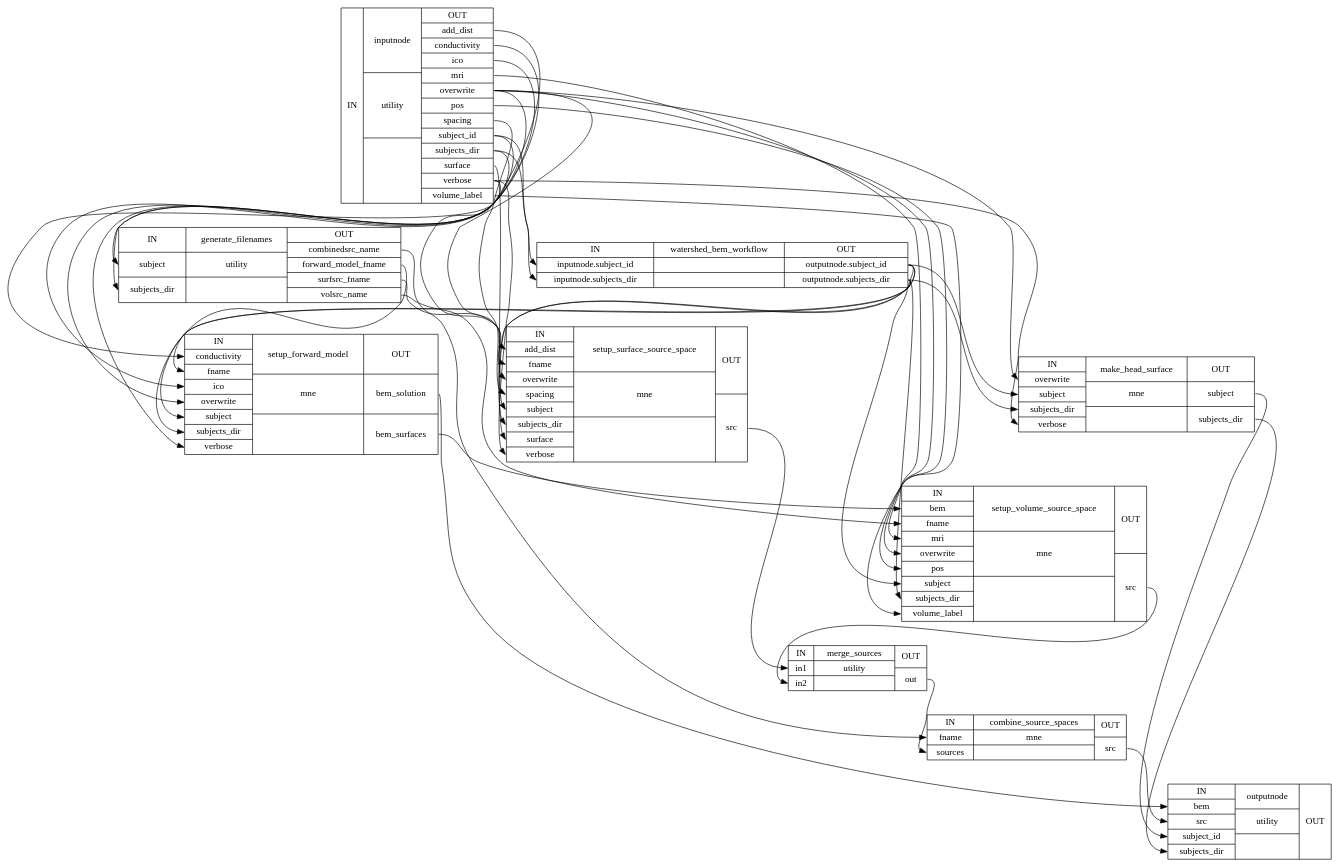
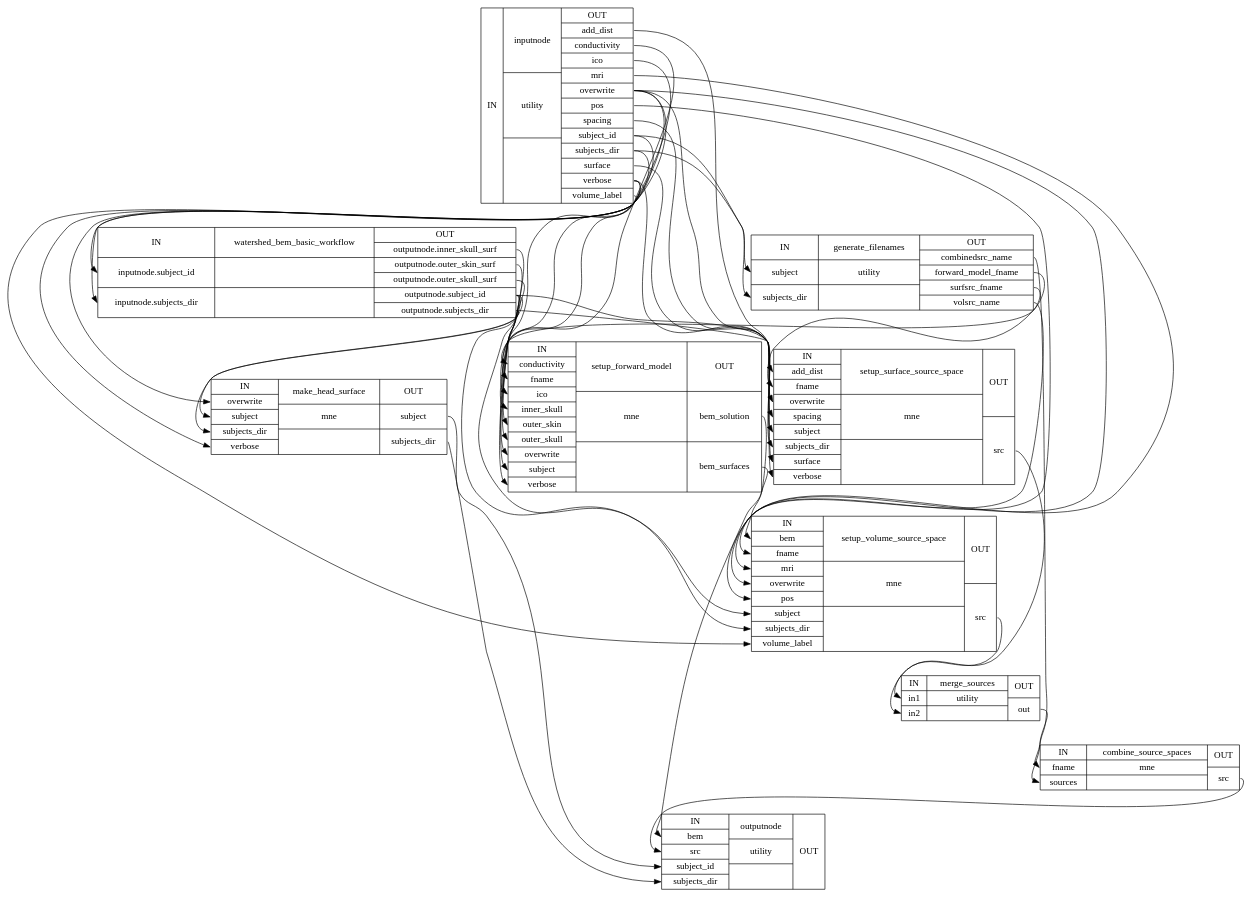
The diagram in pr-preview/pr-9/wf_directive/api/meg_anat_workflow/meegpype-workflows-meg-anat-1_detailed.dot (vferat/meeg-pipelines), drawn with Graphviz before and after one commit. The commit also changed 16 other files, not shown here.

```diff
--- a/pr-preview/pr-9/wf_directive/api/meg_anat_workflow/meegpype-workflows-meg-anat-1_detailed.dot
+++ b/pr-preview/pr-9/wf_directive/api/meg_anat_workflow/meegpype-workflows-meg-anat-1_detailed.dot
@@ -1,52 +1,54 @@
 digraph structs {
 node [shape=record];
 meg_anat_workflowinputnode [label="{IN}|{ inputnode | utility |  }|{OUT|<outadddist> add_dist|<outconductivity> conductivity|<outico> ico|<outmri> mri|<outoverwrite> overwrite|<outpos> pos|<outspacing> spacing|<outsubjectid> subject_id|<outsubjectsdir> subjects_dir|<outsurface> surface|<outverbose> verbose|<outvolumelabel> volume_label}"];
 meg_anat_workflowgenerate_filenames [label="{IN|<insubject> subject|<insubjectsdir> subjects_dir}|{ generate_filenames | utility |  }|{OUT|<outcombinedsrcname> combinedsrc_name|<outforwardmodelfname> forward_model_fname|<outsurfsrcfname> surfsrc_fname|<outvolsrcname> volsrc_name}"];
-meg_anat_workflowwatershed_bem_workflow [label="{IN|<ininputnodesubjectid> inputnode.subject_id|<ininputnodesubjectsdir> inputnode.subjects_dir}|{ watershed_bem_workflow |  |  }|{OUT|<outoutputnodesubjectid> outputnode.subject_id|<outoutputnodesubjectsdir> outputnode.subjects_dir}"];
+meg_anat_workflowwatershed_bem_basic_workflow [label="{IN|<ininputnodesubjectid> inputnode.subject_id|<ininputnodesubjectsdir> inputnode.subjects_dir}|{ watershed_bem_basic_workflow |  |  }|{OUT|<outoutputnodeinnerskullsurf> outputnode.inner_skull_surf|<outoutputnodeouterskinsurf> outputnode.outer_skin_surf|<outoutputnodeouterskullsurf> outputnode.outer_skull_surf|<outoutputnodesubjectid> outputnode.subject_id|<outoutputnodesubjectsdir> outputnode.subjects_dir}"];
 meg_anat_workflowsetup_surface_source_space [label="{IN|<inadddist> add_dist|<infname> fname|<inoverwrite> overwrite|<inspacing> spacing|<insubject> subject|<insubjectsdir> subjects_dir|<insurface> surface|<inverbose> verbose}|{ setup_surface_source_space | mne |  }|{OUT|<outsrc> src}"];
-meg_anat_workflowsetup_forward_model [label="{IN|<inconductivity> conductivity|<infname> fname|<inico> ico|<inoverwrite> overwrite|<insubject> subject|<insubjectsdir> subjects_dir|<inverbose> verbose}|{ setup_forward_model | mne |  }|{OUT|<outbemsolution> bem_solution|<outbemsurfaces> bem_surfaces}"];
+meg_anat_workflowsetup_forward_model [label="{IN|<inconductivity> conductivity|<infname> fname|<inico> ico|<ininnerskull> inner_skull|<inouterskin> outer_skin|<inouterskull> outer_skull|<inoverwrite> overwrite|<insubject> subject|<inverbose> verbose}|{ setup_forward_model | mne |  }|{OUT|<outbemsolution> bem_solution|<outbemsurfaces> bem_surfaces}"];
 meg_anat_workflowmake_head_surface [label="{IN|<inoverwrite> overwrite|<insubject> subject|<insubjectsdir> subjects_dir|<inverbose> verbose}|{ make_head_surface | mne |  }|{OUT|<outsubject> subject|<outsubjectsdir> subjects_dir}"];
 meg_anat_workflowsetup_volume_source_space [label="{IN|<inbem> bem|<infname> fname|<inmri> mri|<inoverwrite> overwrite|<inpos> pos|<insubject> subject|<insubjectsdir> subjects_dir|<involumelabel> volume_label}|{ setup_volume_source_space | mne |  }|{OUT|<outsrc> src}"];
 meg_anat_workflowmerge_sources [label="{IN|<inin1> in1|<inin2> in2}|{ merge_sources | utility |  }|{OUT|<outout> out}"];
 meg_anat_workflowcombine_source_spaces [label="{IN|<infname> fname|<insources> sources}|{ combine_source_spaces | mne |  }|{OUT|<outsrc> src}"];
 meg_anat_workflowoutputnode [label="{IN|<inbem> bem|<insrc> src|<insubjectid> subject_id|<insubjectsdir> subjects_dir}|{ outputnode | utility |  }|{OUT}"];
 meg_anat_workflowcombine_source_spaces:outsrc:e -> meg_anat_workflowoutputnode:insrc:w;
 meg_anat_workflowgenerate_filenames:outcombinedsrcname:e -> meg_anat_workflowcombine_source_spaces:infname:w;
 meg_anat_workflowgenerate_filenames:outforwardmodelfname:e -> meg_anat_workflowsetup_forward_model:infname:w;
 meg_anat_workflowgenerate_filenames:outsurfsrcfname:e -> meg_anat_workflowsetup_surface_source_space:infname:w;
 meg_anat_workflowgenerate_filenames:outvolsrcname:e -> meg_anat_workflowsetup_volume_source_space:infname:w;
 meg_anat_workflowinputnode:outadddist:e -> meg_anat_workflowsetup_surface_source_space:inadddist:w;
 meg_anat_workflowinputnode:outconductivity:e -> meg_anat_workflowsetup_forward_model:inconductivity:w;
 meg_anat_workflowinputnode:outico:e -> meg_anat_workflowsetup_forward_model:inico:w;
 meg_anat_workflowinputnode:outmri:e -> meg_anat_workflowsetup_volume_source_space:inmri:w;
 meg_anat_workflowinputnode:outoverwrite:e -> meg_anat_workflowmake_head_surface:inoverwrite:w;
 meg_anat_workflowinputnode:outoverwrite:e -> meg_anat_workflowsetup_forward_model:inoverwrite:w;
 meg_anat_workflowinputnode:outoverwrite:e -> meg_anat_workflowsetup_surface_source_space:inoverwrite:w;
 meg_anat_workflowinputnode:outoverwrite:e -> meg_anat_workflowsetup_volume_source_space:inoverwrite:w;
 meg_anat_workflowinputnode:outpos:e -> meg_anat_workflowsetup_volume_source_space:inpos:w;
 meg_anat_workflowinputnode:outspacing:e -> meg_anat_workflowsetup_surface_source_space:inspacing:w;
 meg_anat_workflowinputnode:outsubjectid:e -> meg_anat_workflowgenerate_filenames:insubject:w;
-meg_anat_workflowinputnode:outsubjectid:e -> meg_anat_workflowwatershed_bem_workflow:ininputnodesubjectid:w;
+meg_anat_workflowinputnode:outsubjectid:e -> meg_anat_workflowwatershed_bem_basic_workflow:ininputnodesubjectid:w;
 meg_anat_workflowinputnode:outsubjectsdir:e -> meg_anat_workflowgenerate_filenames:insubjectsdir:w;
-meg_anat_workflowinputnode:outsubjectsdir:e -> meg_anat_workflowwatershed_bem_workflow:ininputnodesubjectsdir:w;
+meg_anat_workflowinputnode:outsubjectsdir:e -> meg_anat_workflowwatershed_bem_basic_workflow:ininputnodesubjectsdir:w;
 meg_anat_workflowinputnode:outsurface:e -> meg_anat_workflowsetup_surface_source_space:insurface:w;
 meg_anat_workflowinputnode:outverbose:e -> meg_anat_workflowmake_head_surface:inverbose:w;
 meg_anat_workflowinputnode:outverbose:e -> meg_anat_workflowsetup_forward_model:inverbose:w;
 meg_anat_workflowinputnode:outverbose:e -> meg_anat_workflowsetup_surface_source_space:inverbose:w;
 meg_anat_workflowinputnode:outvolumelabel:e -> meg_anat_workflowsetup_volume_source_space:involumelabel:w;
 meg_anat_workflowmake_head_surface:outsubject:e -> meg_anat_workflowoutputnode:insubjectid:w;
 meg_anat_workflowmake_head_surface:outsubjectsdir:e -> meg_anat_workflowoutputnode:insubjectsdir:w;
 meg_anat_workflowmerge_sources:outout:e -> meg_anat_workflowcombine_source_spaces:insources:w;
 meg_anat_workflowsetup_forward_model:outbemsolution:e -> meg_anat_workflowoutputnode:inbem:w;
 meg_anat_workflowsetup_forward_model:outbemsurfaces:e -> meg_anat_workflowsetup_volume_source_space:inbem:w;
 meg_anat_workflowsetup_surface_source_space:outsrc:e -> meg_anat_workflowmerge_sources:inin1:w;
 meg_anat_workflowsetup_volume_source_space:outsrc:e -> meg_anat_workflowmerge_sources:inin2:w;
-meg_anat_workflowwatershed_bem_workflow:outoutputnodesubjectid:e -> meg_anat_workflowmake_head_surface:insubject:w;
-meg_anat_workflowwatershed_bem_workflow:outoutputnodesubjectid:e -> meg_anat_workflowsetup_forward_model:insubject:w;
-meg_anat_workflowwatershed_bem_workflow:outoutputnodesubjectid:e -> meg_anat_workflowsetup_surface_source_space:insubject:w;
-meg_anat_workflowwatershed_bem_workflow:outoutputnodesubjectid:e -> meg_anat_workflowsetup_volume_source_space:insubject:w;
-meg_anat_workflowwatershed_bem_workflow:outoutputnodesubjectsdir:e -> meg_anat_workflowmake_head_surface:insubjectsdir:w;
-meg_anat_workflowwatershed_bem_workflow:outoutputnodesubjectsdir:e -> meg_anat_workflowsetup_forward_model:insubjectsdir:w;
-meg_anat_workflowwatershed_bem_workflow:outoutputnodesubjectsdir:e -> meg_anat_workflowsetup_surface_source_space:insubjectsdir:w;
-meg_anat_workflowwatershed_bem_workflow:outoutputnodesubjectsdir:e -> meg_anat_workflowsetup_volume_source_space:insubjectsdir:w;
+meg_anat_workflowwatershed_bem_basic_workflow:outoutputnodeinnerskullsurf:e -> meg_anat_workflowsetup_forward_model:ininnerskull:w;
+meg_anat_workflowwatershed_bem_basic_workflow:outoutputnodeouterskinsurf:e -> meg_anat_workflowsetup_forward_model:inouterskin:w;
+meg_anat_workflowwatershed_bem_basic_workflow:outoutputnodeouterskullsurf:e -> meg_anat_workflowsetup_forward_model:inouterskull:w;
+meg_anat_workflowwatershed_bem_basic_workflow:outoutputnodesubjectid:e -> meg_anat_workflowmake_head_surface:insubject:w;
+meg_anat_workflowwatershed_bem_basic_workflow:outoutputnodesubjectid:e -> meg_anat_workflowsetup_forward_model:insubject:w;
+meg_anat_workflowwatershed_bem_basic_workflow:outoutputnodesubjectid:e -> meg_anat_workflowsetup_surface_source_space:insubject:w;
+meg_anat_workflowwatershed_bem_basic_workflow:outoutputnodesubjectid:e -> meg_anat_workflowsetup_volume_source_space:insubject:w;
+meg_anat_workflowwatershed_bem_basic_workflow:outoutputnodesubjectsdir:e -> meg_anat_workflowmake_head_surface:insubjectsdir:w;
+meg_anat_workflowwatershed_bem_basic_workflow:outoutputnodesubjectsdir:e -> meg_anat_workflowsetup_surface_source_space:insubjectsdir:w;
+meg_anat_workflowwatershed_bem_basic_workflow:outoutputnodesubjectsdir:e -> meg_anat_workflowsetup_volume_source_space:insubjectsdir:w;
 }
```
